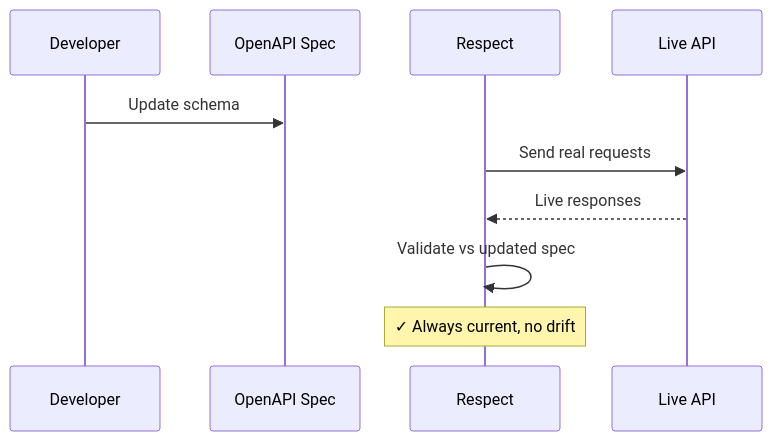
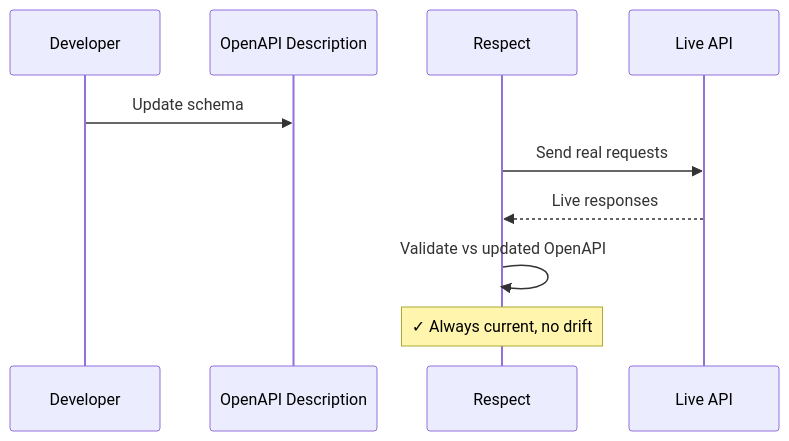
One commit to Redocly/website changed the third of 3 diagrams in learn/testing/tools-for-api-testing-in-2025.md. Above: the diagram before and after it, drawn with Mermaid. The commit also changed other lines of this file, not shown here.

Commit message:
learn/testing: address PR review comments - fix defect cost figures, configurable rule syntax, terminology (OpenAPI description), heading structure, Choose-this clarity, and remove trailing whitespace

````diff
--- a/learn/testing/tools-for-api-testing-in-2025.md
+++ b/learn/testing/tools-for-api-testing-in-2025.md
@@ -326,13 +325,13 @@
 ```mermaid
 sequenceDiagram
     participant Dev as Developer
-    participant Spec as OpenAPI Spec
+    participant Spec as OpenAPI Description
     participant Respect as Respect
     participant API as Live API
     
     Dev->>Spec: Update schema
     Respect->>API: Send real requests
     API-->>Respect: Live responses
-    Respect->>Respect: Validate vs updated spec
+    Respect->>Respect: Validate vs updated OpenAPI
     Note over Respect: ✓ Always current, no drift
 ```
````
